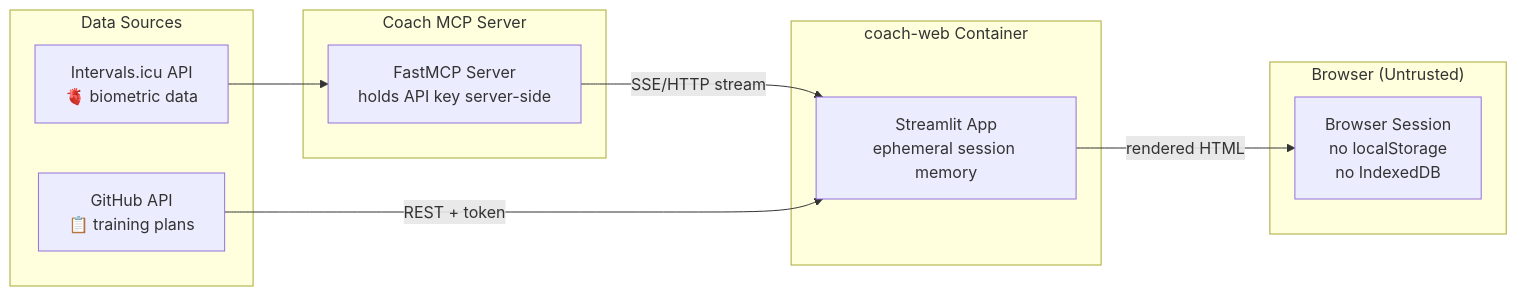
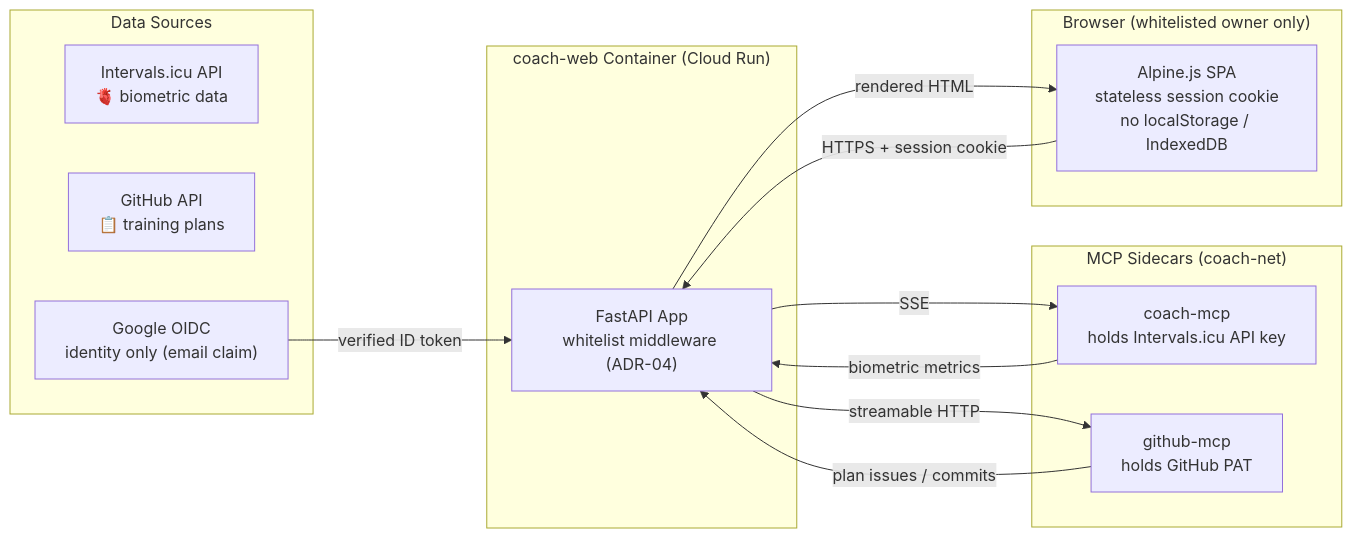
One commit to fpittelo/coach-web changed the diagram in docs/security.md. Above: the diagram before and after it, drawn with Mermaid. The commit also changed other lines of this file, not shown here.

First line of the commit message:
docs(security): STRIDE & data-flow refresh for OIDC whitelist boundary (#65)

````diff
--- a/docs/security.md
+++ b/docs/security.md
@@ -13,24 +23,29 @@
 ```mermaid
 graph LR
     subgraph "Data Sources"
         INTERVALS["Intervals.icu API<br/>🫀 biometric data"]
         GITHUB["GitHub API<br/>📋 training plans"]
+        GOOGLE["Google OIDC<br/>identity only (email claim)"]
     end
 
-    subgraph "coach-web Container"
-        APP["Streamlit App<br/>ephemeral session memory"]
+    subgraph "coach-web Container (Cloud Run)"
+        APP["FastAPI App<br/>whitelist middleware (ADR-04)"]
     end
 
-    subgraph "Browser (Untrusted)"
-        BROWSER["Browser Session<br/>no localStorage<br/>no IndexedDB"]
+    subgraph "MCP Sidecars (coach-net)"
+        MCP["coach-mcp<br/>holds Intervals.icu API key"]
+        GHMCP["github-mcp<br/>holds GitHub PAT"]
     end
 
-    subgraph "Coach MCP Server"
-        MCP["FastMCP Server<br/>holds API key server-side"]
+    subgraph "Browser (whitelisted owner only)"
+        BROWSER["Alpine.js SPA<br/>stateless session cookie<br/>no localStorage / IndexedDB"]
     end
 
-    INTERVALS --> MCP
-    MCP -->|"SSE/HTTP stream"| APP
-    GITHUB -->|"REST + token"| APP
+    GOOGLE -->|"verified ID token"| APP
+    BROWSER -->|"HTTPS + session cookie"| APP
+    APP -->|"SSE"| MCP
+    APP -->|"streamable HTTP"| GHMCP
+    MCP -->|"biometric metrics"| APP
+    GHMCP -->|"plan issues / commits"| APP
     APP -->|"rendered HTML"| BROWSER
 ```
````
